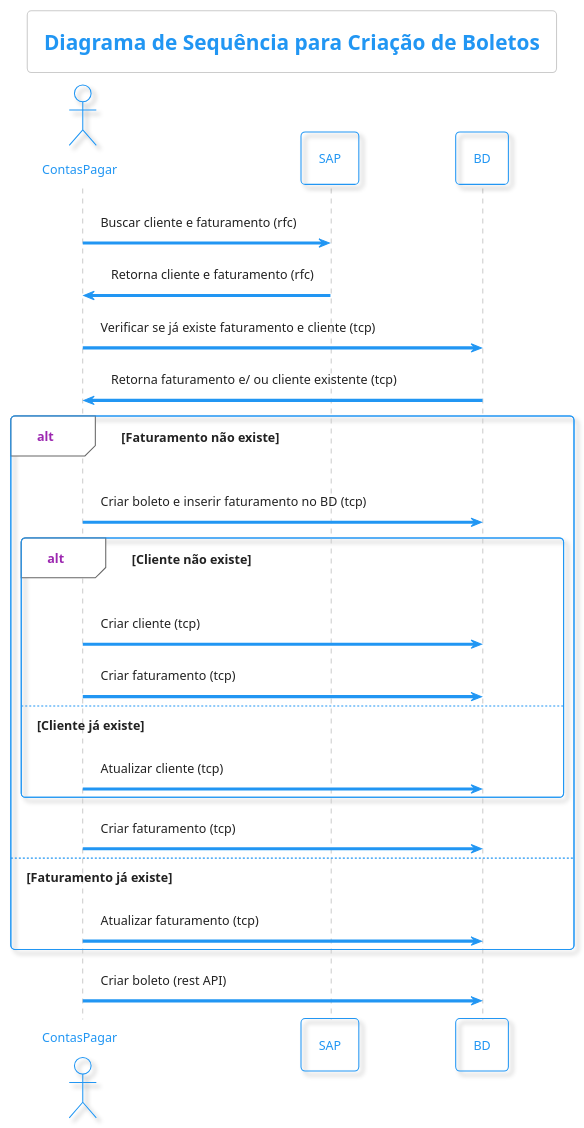
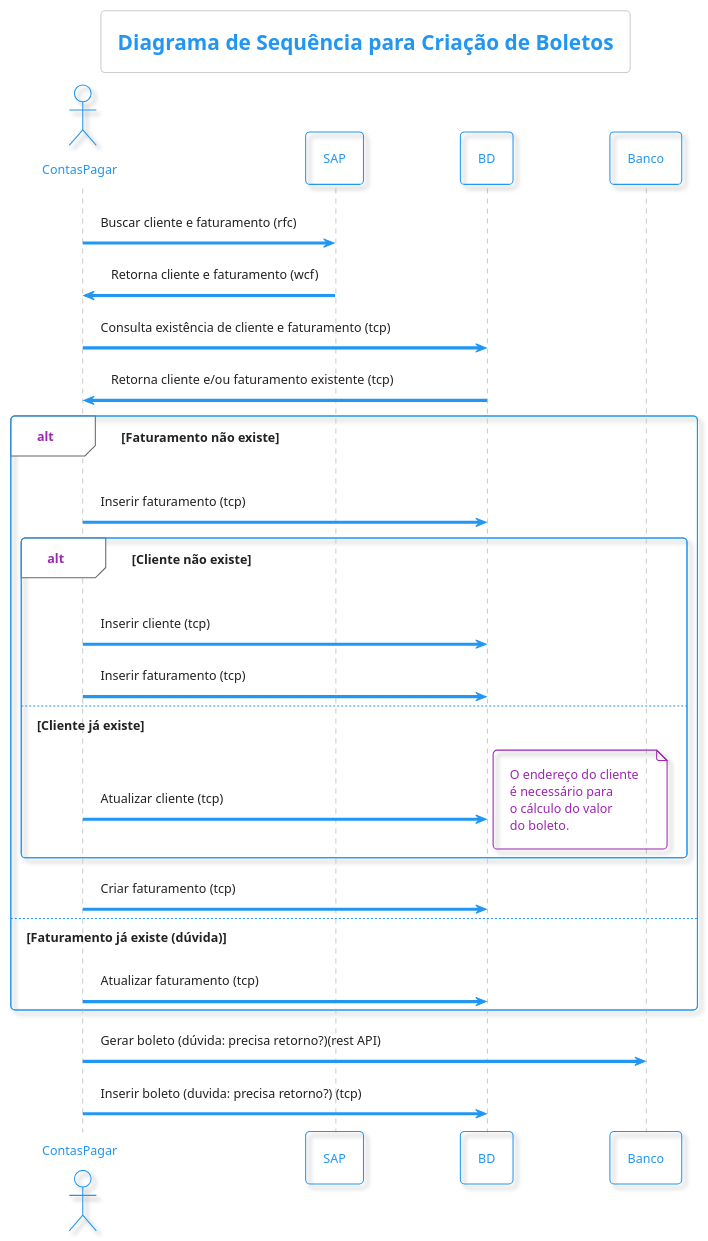
One commit to samoryfiotec/Editora changed the diagram in docs/Sequence_Criacao_Boleto.puml. Above: the diagram before and after it, drawn with PlantUML. The commit also changed 3 other files, not shown here.

Commit message:
Atualiza diagramas de sequência para criação e geração de boletos, incluindo melhorias na nomenclatura e adição de novos fluxos alternativos.

```diff
--- a/docs/Sequence_Criacao_Boleto.puml
+++ b/docs/Sequence_Criacao_Boleto.puml
@@ -1,27 +1,35 @@
-@startuml DiagramaSequencia
+@startuml DiagramaSequenciaCriacao
 !theme materia-outline
 title Diagrama de Sequência para Criação de Boletos
 actor       ContasPagar  as conta
 
 participant       SAP as sap
 participant       BD        as bancodedados
+participant       Banco     as banco
 
 conta -> sap : Buscar cliente e faturamento (rfc)
-sap -> conta : Retorna cliente e faturamento (rfc)
-conta -> bancodedados : Verificar se já existe faturamento e cliente (tcp)
-bancodedados -> conta : Retorna faturamento e/ ou cliente existente (tcp)
+sap -> conta : Retorna cliente e faturamento (wcf)
+conta -> bancodedados : Consulta existência de cliente e faturamento (tcp) 
+bancodedados -> conta : Retorna cliente e/ou faturamento existente (tcp)
 alt Faturamento não existe
-    conta -> bancodedados : Criar boleto e inserir faturamento no BD (tcp)
+    conta -> bancodedados : Inserir faturamento (tcp)
 alt Cliente não existe
-        conta -> bancodedados : Criar cliente (tcp)
-        conta -> bancodedados : Criar faturamento (tcp)
+        conta -> bancodedados : Inserir cliente (tcp)
+        conta -> bancodedados : Inserir faturamento (tcp)
     else Cliente já existe
-        conta -> bancodedados : Atualizar cliente (tcp)
+        conta -> bancodedados : Atualizar cliente (tcp) 
+        note right
+  O endereço do cliente 
+  é necessário para 
+  o cálculo do valor 
+  do boleto.
+end note
     end
     conta -> bancodedados : Criar faturamento (tcp)
-else Faturamento já existe
+else Faturamento já existe (dúvida)
     conta -> bancodedados : Atualizar faturamento (tcp)
 end
-conta -> bancodedados : Criar boleto (rest API)
+conta -> banco : Gerar boleto (dúvida: precisa retorno?)(rest API)
+conta -> bancodedados : Inserir boleto (duvida: precisa retorno?) (tcp)
 
 @enduml
```
